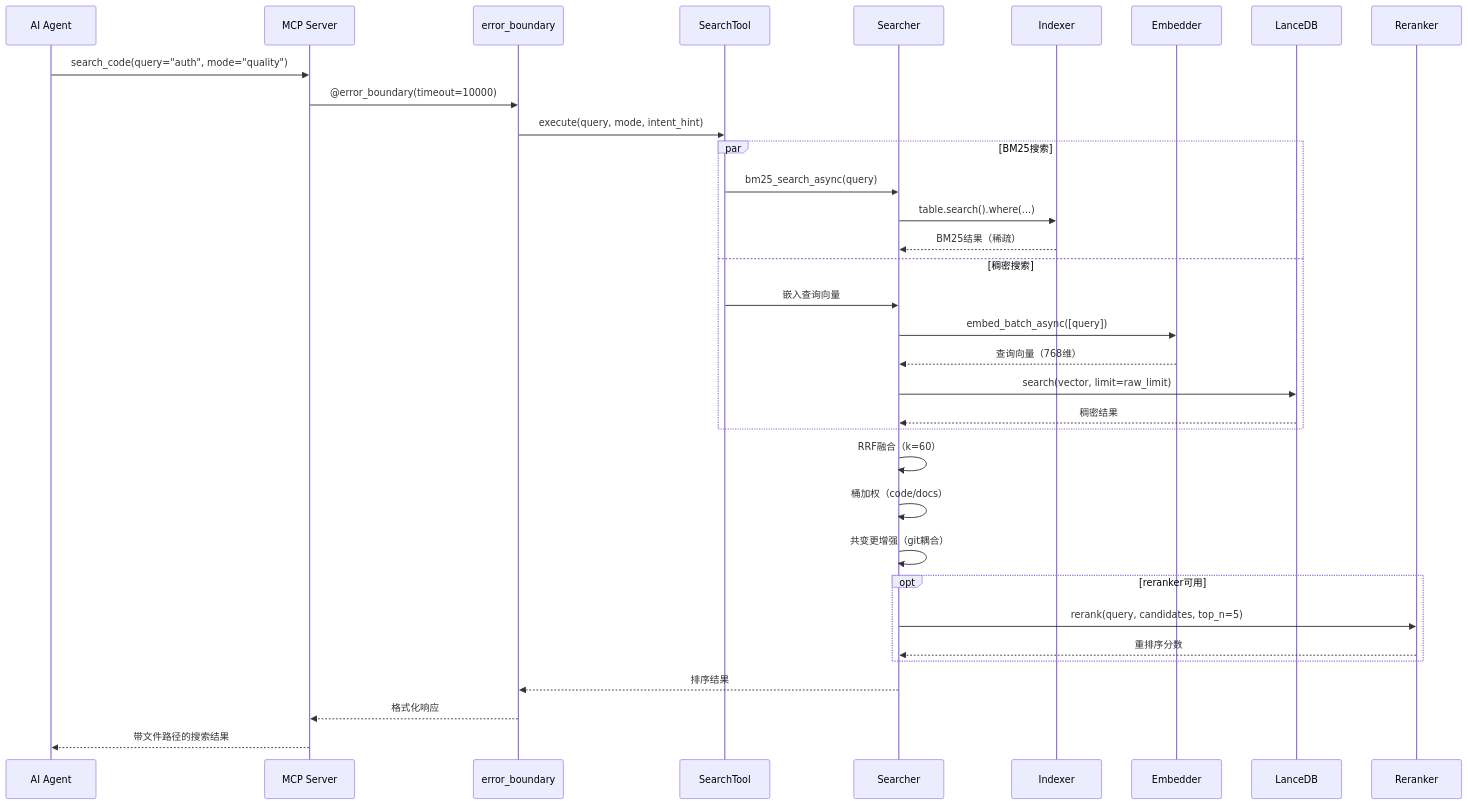
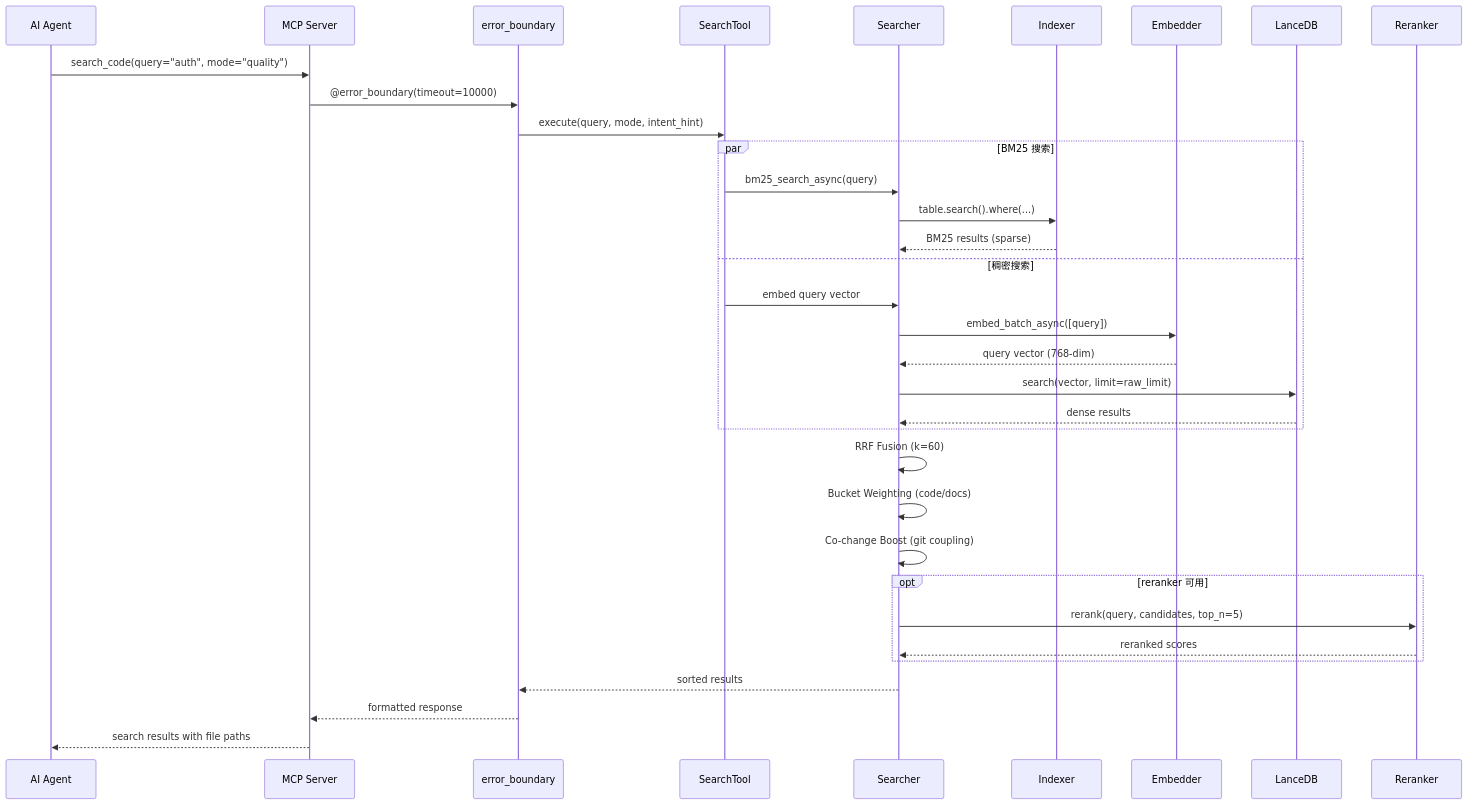
The third of 8 diagrams in docs/zh/ARCHITECTURE_DEEP.md (ManSio/mscodebase-intelligence), drawn with Mermaid before and after one commit. The commit also changed other lines of this file and 50 other files, not shown here.

````diff
--- a/docs/zh/ARCHITECTURE_DEEP.md
+++ b/docs/zh/ARCHITECTURE_DEEP.md
@@ -81,41 +93,41 @@
 ```mermaid
 sequenceDiagram
     participant User as AI Agent
     participant MCP as MCP Server
     participant EB as error_boundary
     participant ST as SearchTool
     participant S as Searcher
     participant I as Indexer
     participant E as Embedder
     participant DB as LanceDB
     participant R as Reranker
 
     User->>MCP: search_code(query="auth", mode="quality")
     MCP->>EB: @error_boundary(timeout=10000)
     EB->>ST: execute(query, mode, intent_hint)
     
-    par BM25搜索
+    par BM25 搜索
         ST->>S: bm25_search_async(query)
         S->>I: table.search().where(...)
-        I-->>S: BM25结果（稀疏）
+        I-->>S: BM25 results (sparse)
     and 稠密搜索
-        ST->>S: 嵌入查询向量
+        ST->>S: embed query vector
         S->>E: embed_batch_async([query])
-        E-->>S: 查询向量（768维）
+        E-->>S: query vector (768-dim)
         S->>DB: search(vector, limit=raw_limit)
-        DB-->>S: 稠密结果
+        DB-->>S: dense results
     end
     
-    S->>S: RRF融合（k=60）
-    S->>S: 桶加权（code/docs）
-    S->>S: 共变更增强（git耦合）
+    S->>S: RRF Fusion (k=60)
+    S->>S: Bucket Weighting (code/docs)
+    S->>S: Co-change Boost (git coupling)
     
-    opt reranker可用
+    opt reranker 可用
         S->>R: rerank(query, candidates, top_n=5)
-        R-->>S: 重排序分数
+        R-->>S: reranked scores
     end
     
-    S-->>EB: 排序结果
-    EB-->>MCP: 格式化响应
-    MCP-->>User: 带文件路径的搜索结果
+    S-->>EB: sorted results
+    EB-->>MCP: formatted response
+    MCP-->>User: search results with file paths
 ```
````
